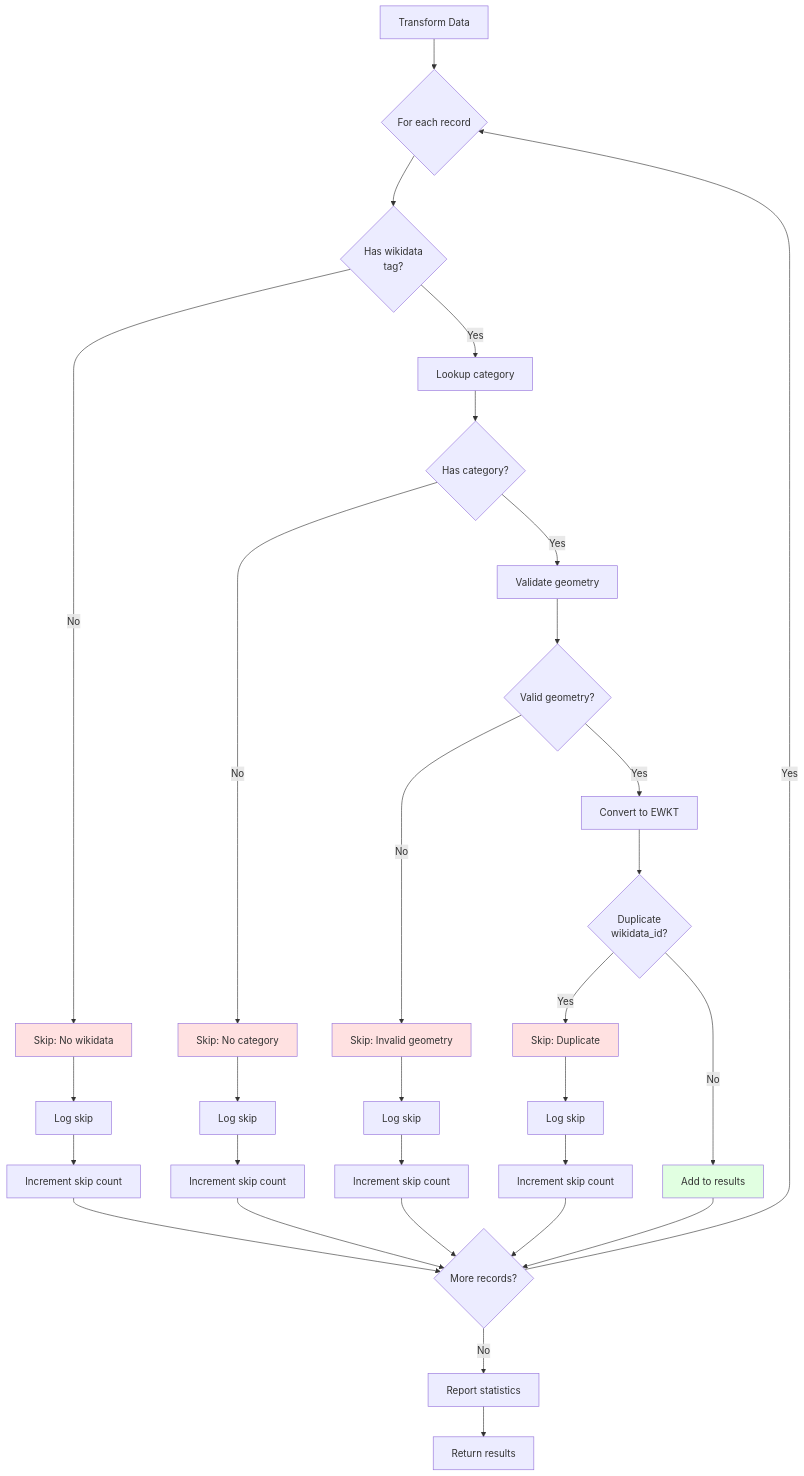
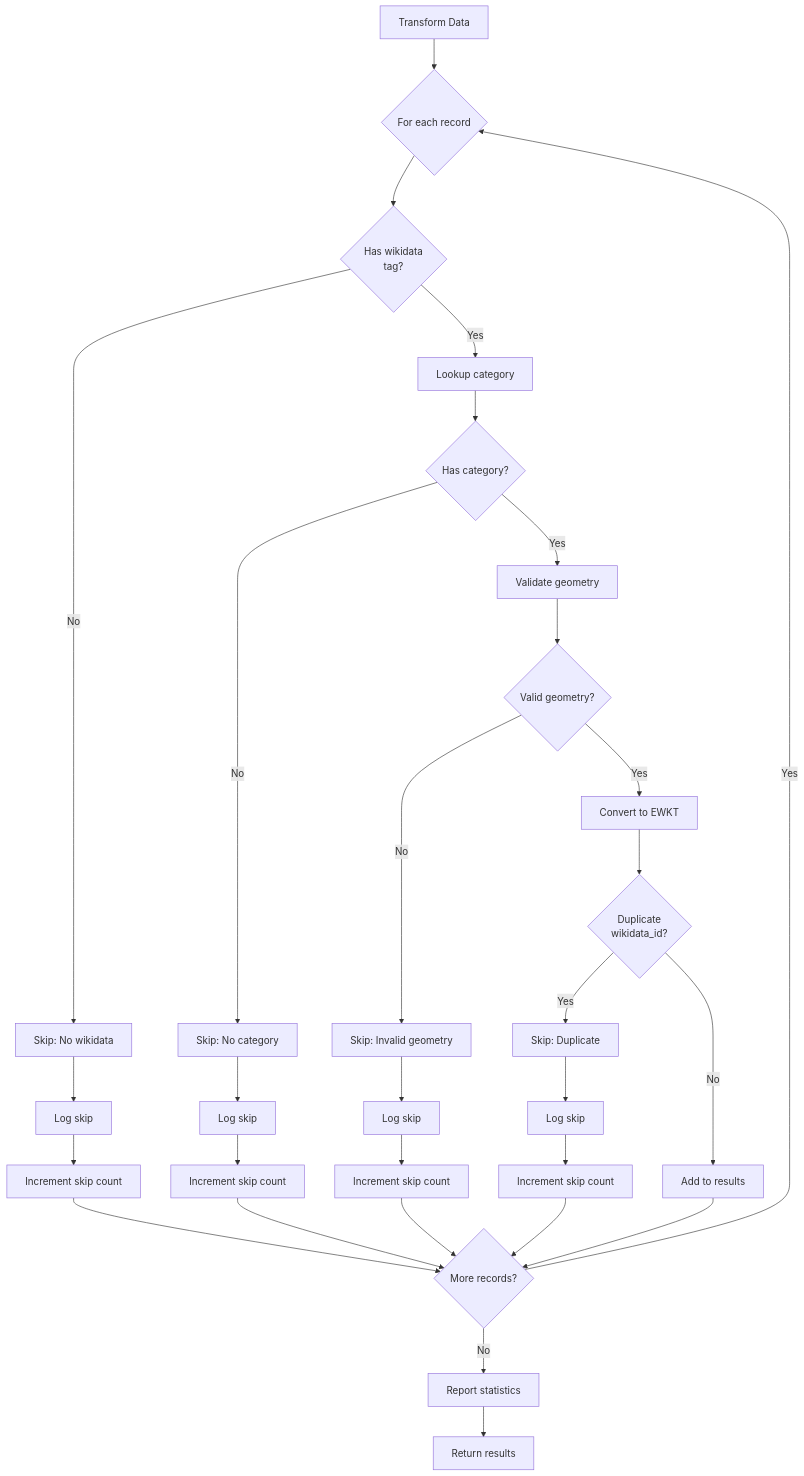
One commit to DaxServer/geocode-commons-categories changed diagram 13 of 19 in docs/import/error-handling.md. Above: the diagram before and after it, drawn with Mermaid. The commit also changed other lines of this file and 5 other files, not shown here.

````diff
--- a/docs/import/error-handling.md
+++ b/docs/import/error-handling.md
@@ -564,53 +538,48 @@
 ```mermaid
 graph TD
     START[Transform Data] --> RECORD_LOOP{For each record}
 
     RECORD_LOOP --> CHECK_WD{Has wikidata<br/>tag?}
 
     CHECK_WD -->|No| SKIP_1[Skip: No wikidata]
     CHECK_WD -->|Yes| LOOKUP[Lookup category]
 
     LOOKUP --> HAS_CAT{Has category?}
 
     HAS_CAT -->|No| SKIP_2[Skip: No category]
     HAS_CAT -->|Yes| VALIDATE_GEOM[Validate geometry]
 
     SKIP_1 --> LOG_SKIP_1[Log skip]
     SKIP_2 --> LOG_SKIP_2[Log skip]
 
     LOG_SKIP_1 --> COUNT_SKIP_1[Increment skip count]
     LOG_SKIP_2 --> COUNT_SKIP_2[Increment skip count]
 
     VALIDATE_GEOM --> IS_VALID{Valid geometry?}
 
     IS_VALID -->|No| SKIP_3[Skip: Invalid geometry]
     IS_VALID -->|Yes| CONVERT[Convert to EWKT]
 
     SKIP_3 --> LOG_SKIP_3[Log skip]
     LOG_SKIP_3 --> COUNT_SKIP_3[Increment skip count]
 
     CONVERT --> CHECK_DUP{Duplicate<br/>wikidata_id?}
 
     CHECK_DUP -->|Yes| SKIP_4[Skip: Duplicate]
     CHECK_DUP -->|No| ADD[Add to results]
 
     SKIP_4 --> LOG_SKIP_4[Log skip]
     LOG_SKIP_4 --> COUNT_SKIP_4[Increment skip count]
 
     ADD --> MORE_RECORDS{More records?}
     COUNT_SKIP_1 --> MORE_RECORDS
     COUNT_SKIP_2 --> MORE_RECORDS
     COUNT_SKIP_3 --> MORE_RECORDS
     COUNT_SKIP_4 --> MORE_RECORDS
 
     MORE_RECORDS -->|Yes| RECORD_LOOP
     MORE_RECORDS -->|No| REPORT[Report statistics]
 
     REPORT --> END[Return results]
 
-    style ADD fill:#e1ffe1
-    style SKIP_1 fill:#ffe1e1
-    style SKIP_2 fill:#ffe1e1
-    style SKIP_3 fill:#ffe1e1
-    style SKIP_4 fill:#ffe1e1
 ```
````
